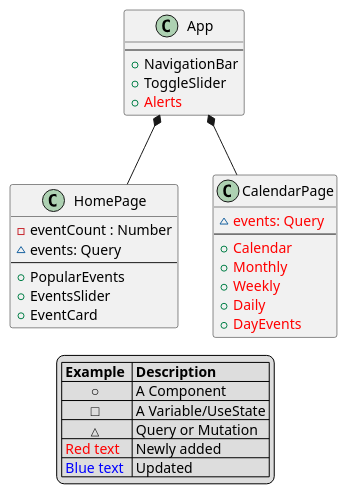
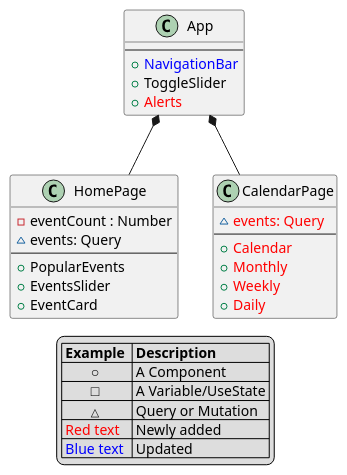
Before and after one commit to oscarboe/Studieforeningskalender_Front_end: the diagram in UML FE/CD_FE_US3.puml, drawn with PlantUML. The commit also changed 30 other files, not shown here.

```diff
--- a/UML FE/CD_FE_US3.puml
+++ b/UML FE/CD_FE_US3.puml
@@ -1,37 +1,36 @@
 @startuml FrontEndClassDiagram
 class HomePage {
     - eventCount : Number
     ~ events: Query
     --
     + PopularEvents
     + EventsSlider
     + EventCard
 }
 
 class App {
     --
-    + NavigationBar
+    + <color:blue>NavigationBar
     + ToggleSlider
     + <color:red>Alerts
 }
 class CalendarPage {
     ~ <color:red>events: Query
     --
     + <color:red>Calendar
     + <color:red>Monthly
     + <color:red>Weekly
     + <color:red>Daily
-    + <color:red>DayEvents
 }
 
 App*-- HomePage 
 App*-- CalendarPage   
 legend
     |= Example  |= Description |
     |        ○ | A Component |
     |        □ | A Variable/UseState |
     |        <size:11>△ | Query or Mutation |
     |<color:red> Red text | Newly added|
     |<color:blue> Blue text | Updated |
 endlegend
 @enduml
```
